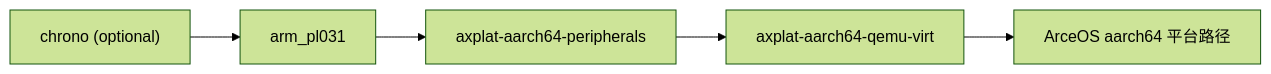
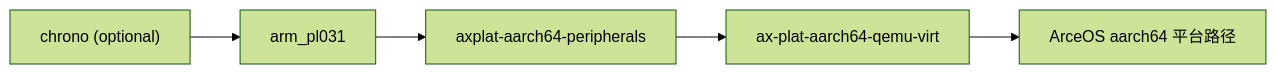
One commit to zKurisu/tgoskits changed the second of 3 diagrams in docs/crates/arm_pl031.md. Above: the diagram before and after it, drawn with Mermaid (forest theme). The commit also changed other lines of this file and 35 other files, not shown here.

````diff
--- a/docs/crates/arm_pl031.md
+++ b/docs/crates/arm_pl031.md
@@ -98,7 +98,7 @@
 ```mermaid
 graph LR
     chrono["chrono (optional)"] --> current["arm_pl031"]
     current --> peripherals["axplat-aarch64-peripherals"]
-    peripherals --> qemuvirt["axplat-aarch64-qemu-virt"]
+    peripherals --> qemuvirt["ax-plat-aarch64-qemu-virt"]
     qemuvirt --> arceos["ArceOS aarch64 平台路径"]
 ```
````
